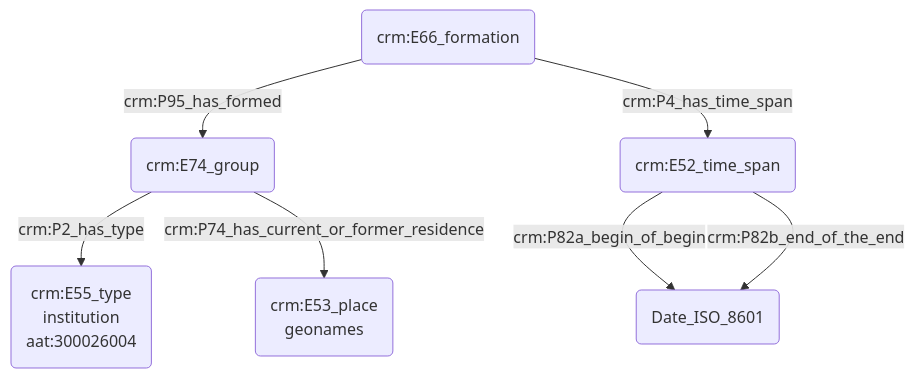
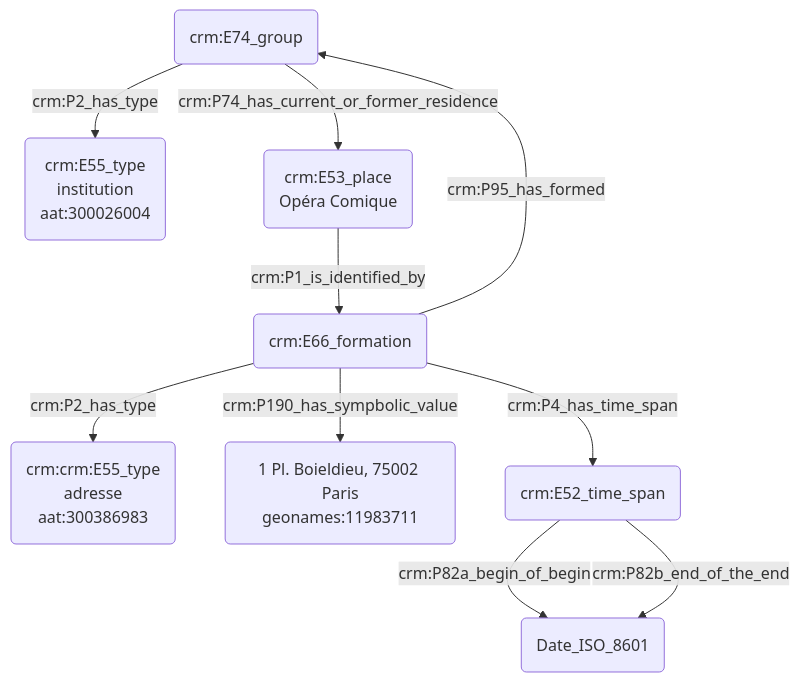
One commit to Amleth/consortium-musica2-gt2-ontologies changed the diagram in modules/livrables/Dossier 2/Prosopographie/modélisation d'une institution.md. Above: the diagram before and after it, drawn with Mermaid.

Commit message:
Update modélisation d'une institution.md

````diff
--- a/modules/livrables/Dossier 2/Prosopographie/modélisation d'une institution.md
+++ b/modules/livrables/Dossier 2/Prosopographie/modélisation d'une institution.md
@@ -17,11 +17,15 @@
 ```mermaid
 graph TD;
 
 A(crm:E74_group) -->|crm:P2_has_type| B(crm:E55_type<br>institution<br>aat:300026004)
-A(crm:E74_group) -->|crm:P74_has_current_or_former_residence| C(crm:E53_place<br>geonames)
+A(crm:E74_group) -->|crm:P74_has_current_or_former_residence| C(crm:E53_place<br>Opéra Comique)
+C(crm:E53_place<br>Opéra Comique) --> |crm:P1_is_identified_by| G(crm:E42_identifier) 
+G(crm:E42_identifier) --> |crm:P2_has_type| H(crm:crm:E55_type<br>adresse<br>aat:300386983)
+G(crm:E42_identifier) --> |crm:P190_has_sympbolic_value| I(1 Pl. Boieldieu, 75002 Paris<br>geonames:11983711)
+
 G(crm:E66_formation)  -->|crm:P95_has_formed| A(crm:E74_group)
 G(crm:E66_formation) -->|crm:P4_has_time_span| E(crm:E52_time_span)
 E(crm:E52_time_span) -->|crm:P82a_begin_of_begin| F(Date_ISO_8601)
 E(crm:E52_time_span) -->|crm:P82b_end_of_the_end| F(Date_ISO_8601)
 
 ```
````
